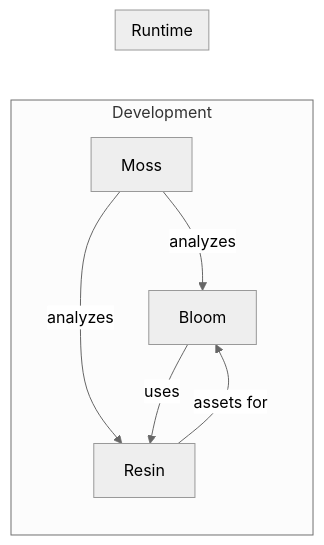
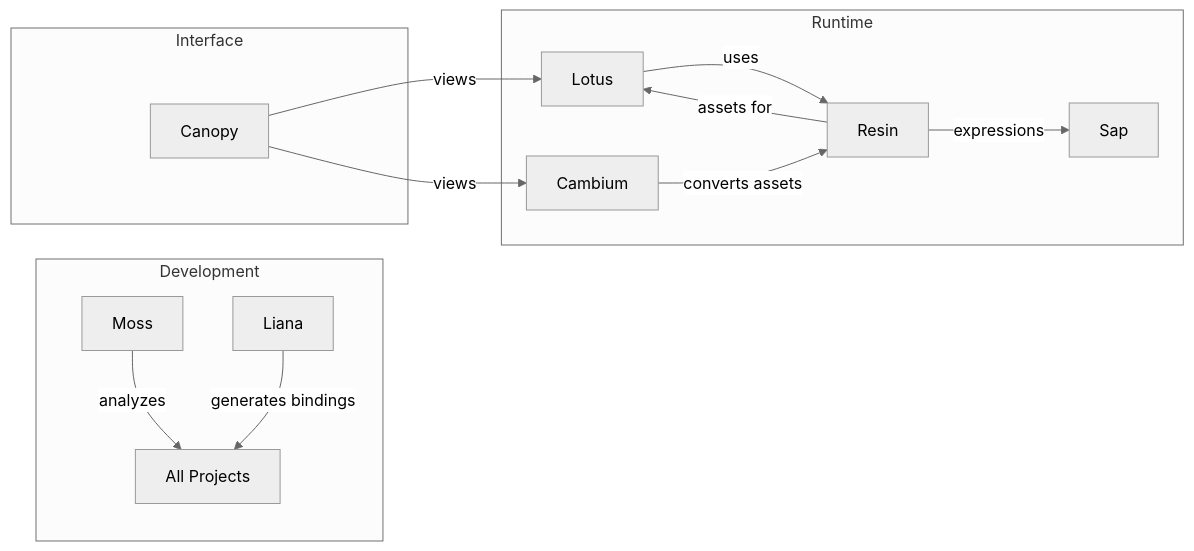
Before and after one commit to rhi-zone/rhi-zone.github.io: the diagram in docs/about.md, drawn with Mermaid (neutral theme). The commit also changed other lines of this file and 10 other files, not shown here.

First line of the commit message:
feat: add sap, liana, cambium, canopy projects

````diff
--- a/docs/about.md
+++ b/docs/about.md
@@ -67,11 +71,17 @@
 ```mermaid
 graph LR
     subgraph "Development"
-        M[Moss] --> |analyzes| B[Bloom]
-        M --> |analyzes| R[Resin]
+        M[Moss] --> |analyzes| ALL[All Projects]
+        LI[Liana] --> |generates bindings| ALL
     end
     subgraph "Runtime"
-        B --> |uses| R
-        R --> |assets for| B
+        L[Lotus] --> |uses| R[Resin]
+        R --> |expressions| S[Sap]
+        R --> |assets for| L
+        CA[Cambium] --> |converts assets| R
+    end
+    subgraph "Interface"
+        CN[Canopy] --> |views| L
+        CN --> |views| CA
     end
 ```
````
